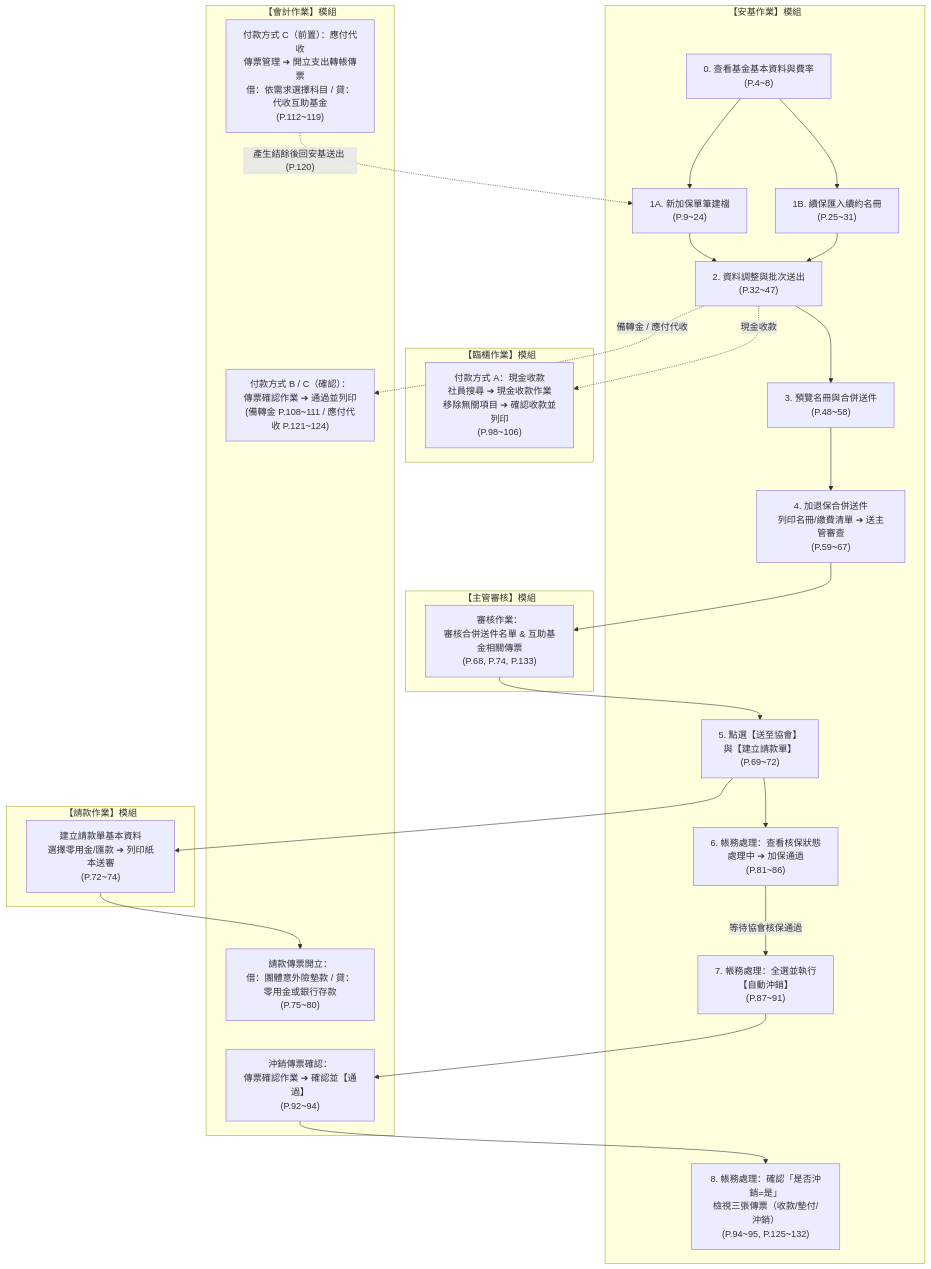
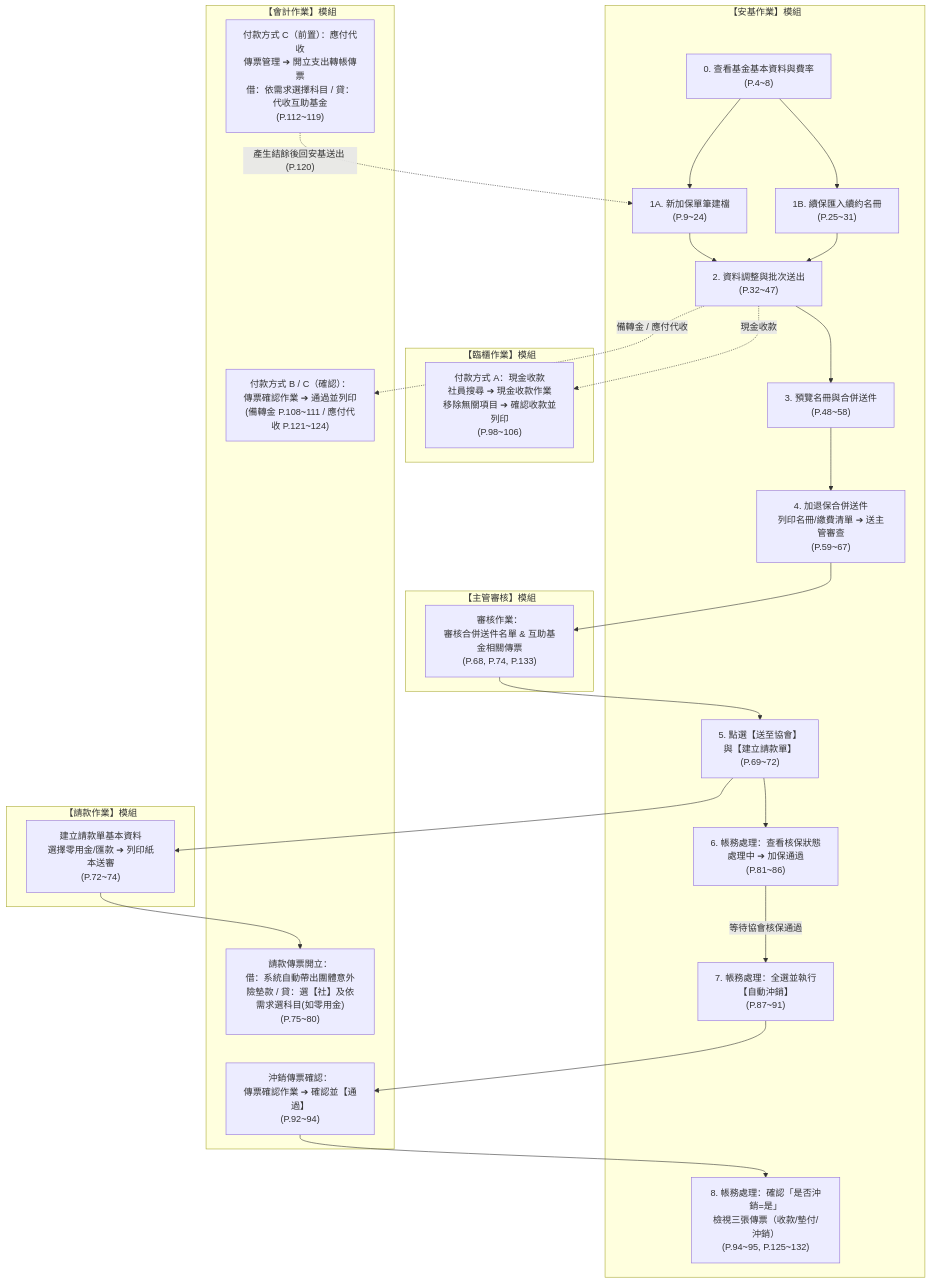
One commit to rock903400-byte/anji-sop-guide changed the diagram in 安基作業教學_SOP速查手冊.md. Above: the diagram before and after it, drawn with Mermaid. The commit also changed other lines of this file and 7 other files, not shown here.

````diff
--- a/安基作業教學_SOP速查手冊.md
+++ b/安基作業教學_SOP速查手冊.md
@@ -14,47 +14,47 @@
 ```mermaid
 flowchart TB
     subgraph S1["【安基作業】模組"]
         A0["0. 查看基金基本資料與費率<br/>(P.4~8)"]
         A1["1A. 新加保單筆建檔<br/>(P.9~24)"]
         A2["1B. 續保匯入續約名冊<br/>(P.25~31)"]
         A3["2. 資料調整與批次送出<br/>(P.32~47)"]
         A4["3. 預覽名冊與合併送件<br/>(P.48~58)"]
         A5["4. 加退保合併送件<br/>列印名冊/繳費清單 ➔ 送主管審查<br/>(P.59~67)"]
         A6["5. 點選【送至協會】<br/>與【建立請款單】<br/>(P.69~72)"]
         A7["6. 帳務處理：查看核保狀態<br/>處理中 ➔ 加保通過<br/>(P.81~86)"]
         A8["7. 帳務處理：全選並執行<br/>【自動沖銷】<br/>(P.87~91)"]
         A9["8. 帳務處理：確認「是否沖銷=是」<br/>檢視三張傳票（收款/墊付/沖銷）<br/>(P.94~95, P.125~132)"]
     end
 
     subgraph S2["【臨櫃作業】模組"]
         C1["付款方式 A：現金收款<br/>社員搜尋 ➔ 現金收款作業<br/>移除無關項目 ➔ 確認收款並列印<br/>(P.98~106)"]
     end
 
     subgraph S3["【會計作業】模組"]
         K1["付款方式 C（前置）：應付代收<br/>傳票管理 ➔ 開立支出轉帳傳票<br/>借：依需求選擇科目 / 貸：代收互助基金<br/>(P.112~119)"]
         K2["付款方式 B / C（確認）：<br/>傳票確認作業 ➔ 通過並列印<br/>(備轉金 P.108~111 / 應付代收 P.121~124)"]
-        K3["請款傳票開立：<br/>借：團體意外險墊款 / 貸：零用金或銀行存款<br/>(P.75~80)"]
+        K3["請款傳票開立：<br/>借：系統自動帶出團體意外險墊款 / 貸：選【社】及依需求選科目(如零用金)<br/>(P.75~80)"]
         K4["沖銷傳票確認：<br/>傳票確認作業 ➔ 確認並【通過】<br/>(P.92~94)"]
     end
 
     subgraph S4["【請款作業】模組"]
         R1["建立請款單基本資料<br/>選擇零用金/匯款 ➔ 列印紙本送審<br/>(P.72~74)"]
     end
 
     subgraph S5["【主管審核】模組"]
         M1["審核作業：<br/>審核合併送件名單 & 互助基金相關傳票<br/>(P.68, P.74, P.133)"]
     end
 
     A0 --> A1 & A2
     K1 -. "產生結餘後回安基送出 (P.120)" .-> A1
     A1 & A2 --> A3
     A3 -. "現金收款" .-> C1
     A3 -. "備轉金 / 應付代收" .-> K2
     A3 --> A4 --> A5
     A5 --> M1
     M1 --> A6
     A6 --> R1 --> K3
     A6 --> A7
     A7 -- "等待協會核保通過" --> A8
     A8 --> K4 --> A9
 ```
````
